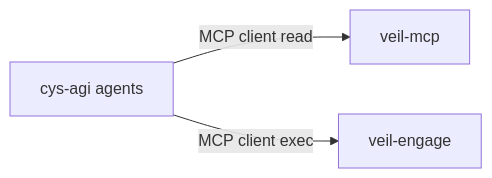
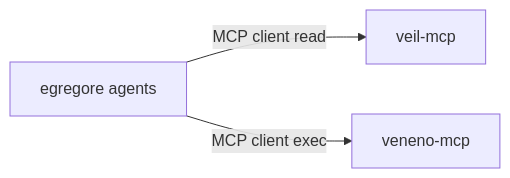
The fourth of 4 diagrams in docs/ecosystem-map.md (butbeautifulv/cxado), drawn with Mermaid before and after one commit. The commit also changed other lines of this file and 14 other files, not shown here.

First line of the commit message:
Rename submodules to egregore and fabrica; wire veneno split.

````diff
--- a/docs/ecosystem-map.md
+++ b/docs/ecosystem-map.md
@@ -81,5 +108,5 @@
 ```mermaid
 flowchart LR
-  AGI[cys-agi agents] -->|MCP client read| MCP[veil-mcp]
-  AGI -->|MCP client exec| ENG[veil-engage]
+  AGI[egregore agents] -->|MCP client read| MCP[veil-mcp]
+  AGI -->|MCP client exec| VEN[veneno-mcp]
 ```
````
